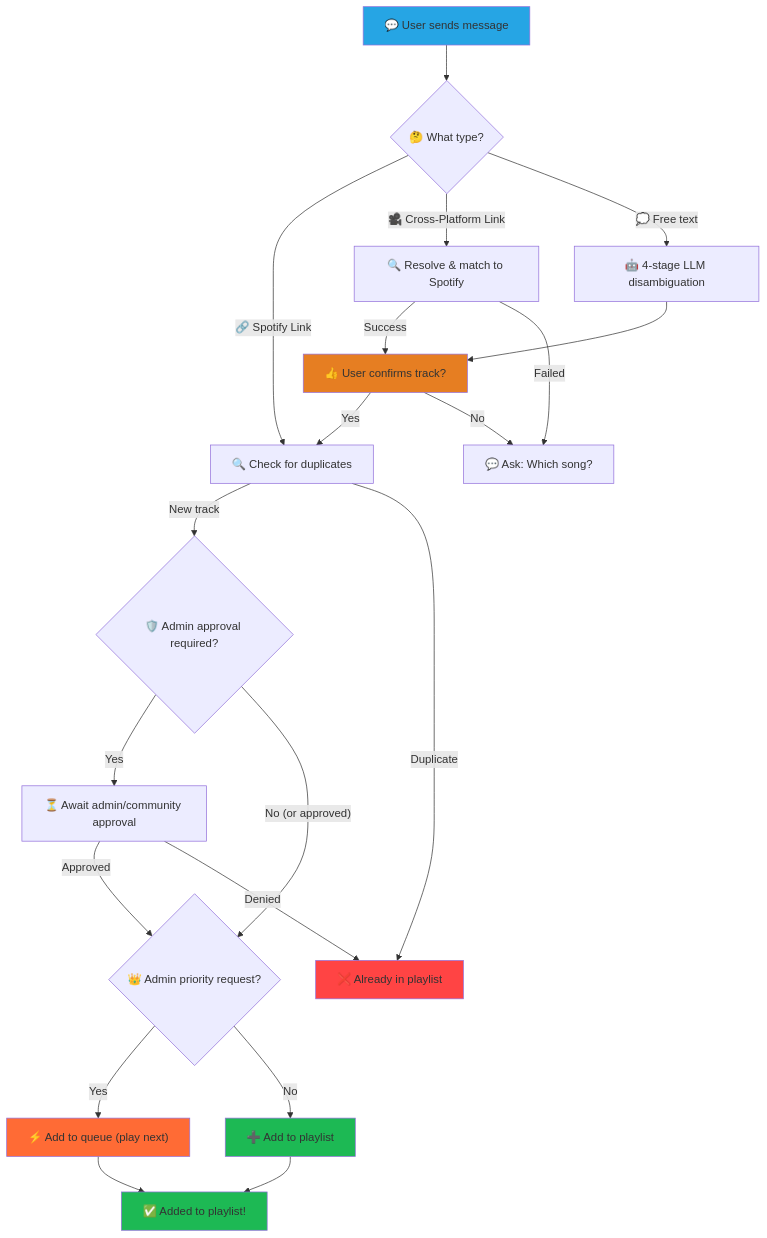
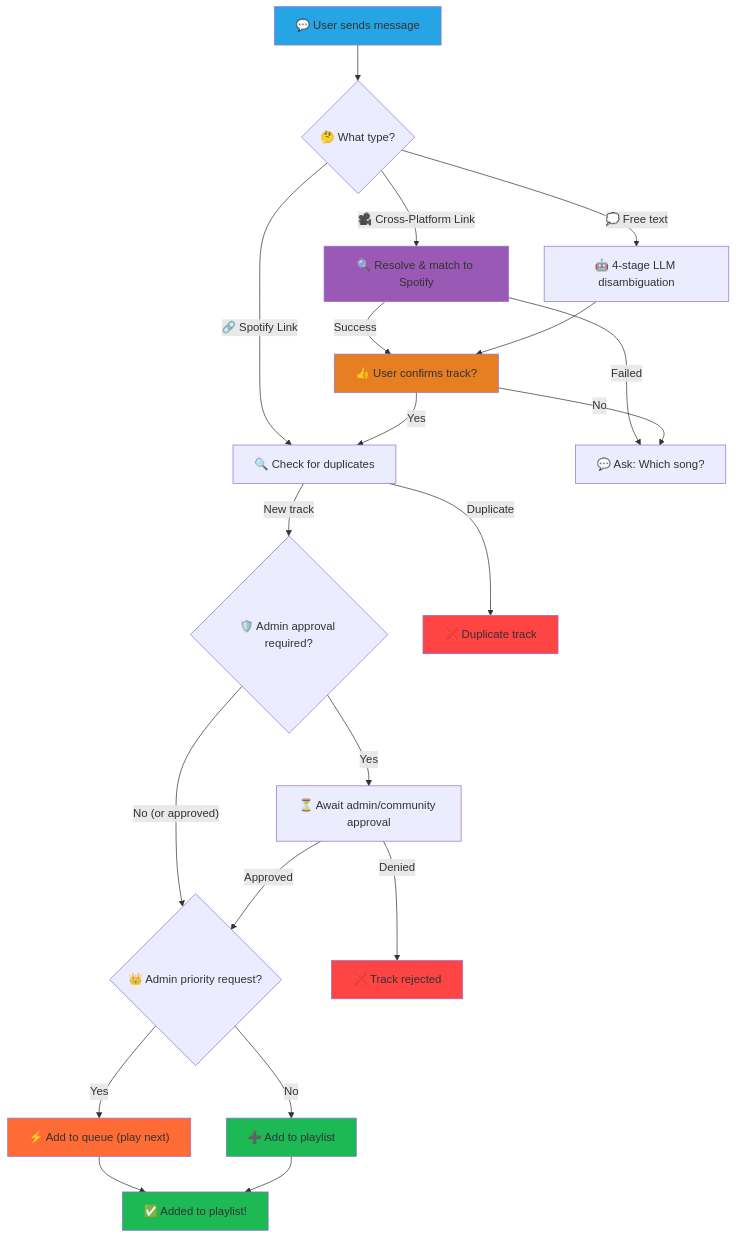
The diagram in README.md (Enteee/DJAlgoRhythm), drawn with Mermaid before and after one commit.

Commit message:
docs: Clarify rejection states in flow diagram
Split the single REJECT node into two distinct states to accurately
represent different rejection scenarios:
- REJECT_DUP: "Duplicate track" (dedup check failed)
- REJECT_DENY: "Track rejected" (admin/community approval denied)

This better reflects the actual implementation where tracks can be
rejected for different reasons.

🤖 Generated with [Claude Code](https://claude.com/claude-code)

````diff
--- a/README.md
+++ b/README.md
@@ -332,37 +332,39 @@
 ```mermaid
 graph TD
     A["💬 User sends message"] --> B{"🤔 What type?"}
     B -->|"🔗 Spotify Link"| C1["🔍 Check for duplicates"]
     B -->|"🎥 Cross-Platform Link"| C3["🔍 Resolve & match to Spotify"]
     B -->|"💭 Free text"| E["🤖 4-stage LLM disambiguation"]
 
     C3 -->|"Success"| CONFIRM["👍 User confirms track?"]
     C3 -->|"Failed"| D["💬 Ask: Which song?"]
 
     C1 -->|"New track"| C2{"🛡️ Admin approval required?"}
-    C1 -->|"Duplicate"| REJECT["❌ Already in playlist"]
+    C1 -->|"Duplicate"| REJECT_DUP["❌ Duplicate track"]
 
     E --> CONFIRM
 
     CONFIRM -->|"Yes"| C1
     CONFIRM -->|"No"| D
 
     C2 -->|"Yes"| ADMIN["⏳ Await admin/community approval"]
     C2 -->|"No (or approved)"| PRIORITY{"👑 Admin priority request?"}
 
     ADMIN -->|"Approved"| PRIORITY
-    ADMIN -->|"Denied"| REJECT
+    ADMIN -->|"Denied"| REJECT_DENY["❌ Track rejected"]
 
     PRIORITY -->|"Yes"| QUEUE["⚡ Add to queue (play next)"]
     PRIORITY -->|"No"| PLAYLIST["➕ Add to playlist"]
 
     QUEUE --> J["✅ Priority track queued!"]
     PLAYLIST --> J["✅ Added to playlist!"]
 
     style PLAYLIST fill:#1DB954
     style QUEUE fill:#FF6B35
     style J fill:#1DB954
     style A fill:#26A5E4
-    style REJECT fill:#FF4444
+    style REJECT_DUP fill:#FF4444
+    style REJECT_DENY fill:#FF4444
     style CONFIRM fill:#E67E22
+    style C3 fill:#9B59B6
 ```
````
